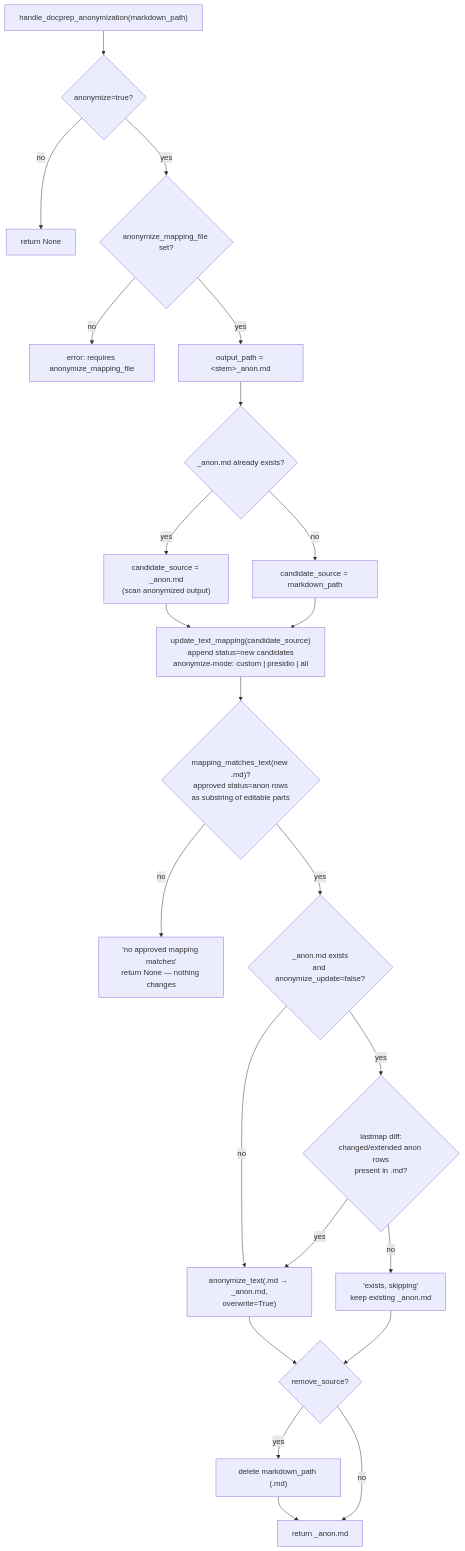
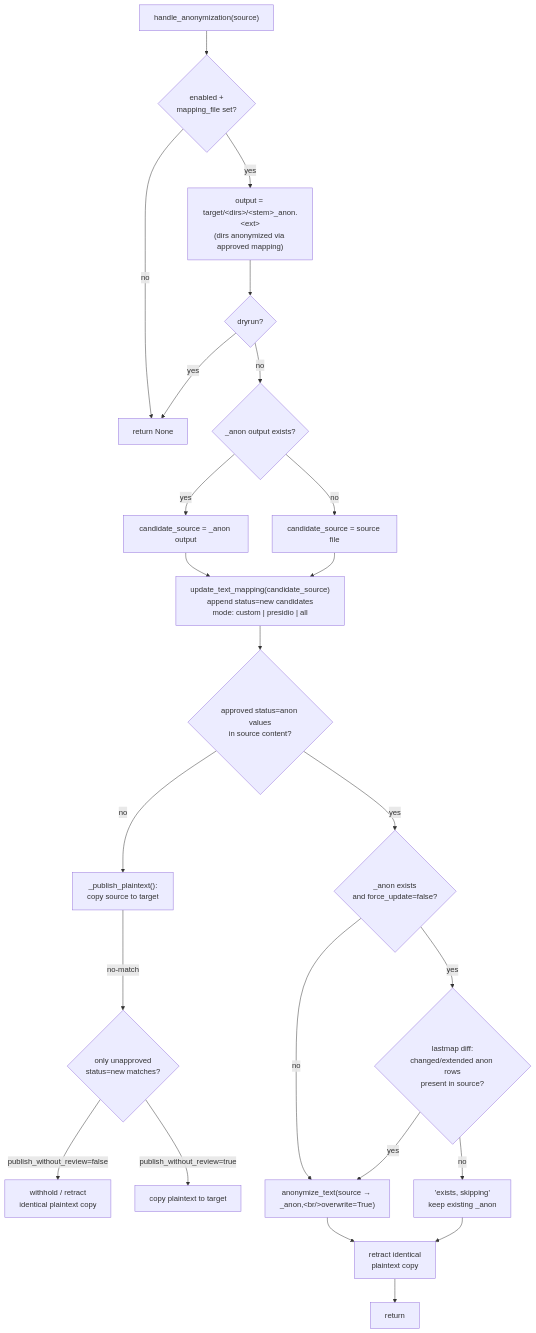
Before and after one commit to ManfredWisniewski/wit_pytools: the fourth of 4 diagrams in README_cinderallasort-flow.md, drawn with Mermaid. The commit also changed other lines of this file and 6 other files, not shown here.

Commit message:
README: split DOCPREP and ANONYMIZE documentation with separate bowl sections, updated flow diagrams, and clarified that DOCPREP converts in-place while ANONYMIZE selects files for anonymization pipeline

````diff
--- a/README_cinderallasort-flow.md
+++ b/README_cinderallasort-flow.md
@@ -75,25 +90,26 @@
 ```mermaid
 flowchart TD
-    A["handle_docprep_anonymization(markdown_path)"] --> B{"anonymize=true?"}
+    A["handle_anonymization(source)"] --> B{"enabled +<br/>mapping_file set?"}
     B -- no --> Z["return None"]
-    B -- yes --> C{"anonymize_mapping_file set?"}
-    C -- no --> C2["error: requires anonymize_mapping_file"]
-    C -- yes --> D["output_path = &lt;stem&gt;_anon.md"]
-    D --> E{"_anon.md already exists?"}
-    E -- yes --> F["candidate_source = _anon.md<br/>(scan anonymized output)"]
-    E -- no --> G["candidate_source = markdown_path"]
-    F --> H["update_text_mapping(candidate_source)<br/>append status=new candidates<br/>anonymize-mode: custom | presidio | all"]
+    B -- yes --> C["output = target/&lt;dirs&gt;/&lt;stem&gt;_anon.&lt;ext&gt;<br/>(dirs anonymized via approved mapping)"]
+    C --> D{"dryrun?"}
+    D -- yes --> Z
+    D -- no --> E{"_anon output exists?"}
+    E -- yes --> F["candidate_source = _anon output"]
+    E -- no --> G["candidate_source = source file"]
+    F --> H["update_text_mapping(candidate_source)<br/>append status=new candidates<br/>mode: custom | presidio | all"]
     G --> H
-    H --> I{"mapping_matches_text(new .md)?<br/>approved status=anon rows<br/>as substring of editable parts"}
-    I -- no --> I2["'no approved mapping matches'<br/>return None — nothing changes"]
-    I -- yes --> J{"_anon.md exists<br/>and anonymize_update=false?"}
-    J -- no --> L["anonymize_text(.md → _anon.md,<br/>overwrite=True)"]
-    J -- yes --> J3{"lastmap diff:<br/>changed/extended anon rows<br/>present in .md?"}
+    H --> I{"approved status=anon values<br/>in source content?"}
+    I -- no --> I2["_publish_plaintext():<br/>copy source to target"]
+    I2 -- no-match --> I3{"only unapproved<br/>status=new matches?"}
+    I3 -- "publish_without_review=false" --> I4["withhold / retract<br/>identical plaintext copy"]
+    I3 -- "publish_without_review=true" --> I5["copy plaintext to target"]
+    I -- yes --> J{"_anon exists<br/>and force_update=false?"}
+    J -- no --> L["anonymize_text(source → _anon,&lt;br/&gt;overwrite=True)"]
+    J -- yes --> J3{"lastmap diff:<br/>changed/extended anon rows<br/>present in source?"}
     J3 -- yes --> L
-    J3 -- no --> K["'exists, skipping'<br/>keep existing _anon.md"]
-    K --> M{"remove_source?"}
+    J3 -- no --> K["'exists, skipping'<br/>keep existing _anon"]
+    K --> M["retract identical<br/>plaintext copy"]
     L --> M
-    M -- yes --> N["delete markdown_path (.md)"]
-    M -- no --> Z2["return _anon.md"]
-    N --> Z2
+    M --> Z2["return"]
 ```
````
